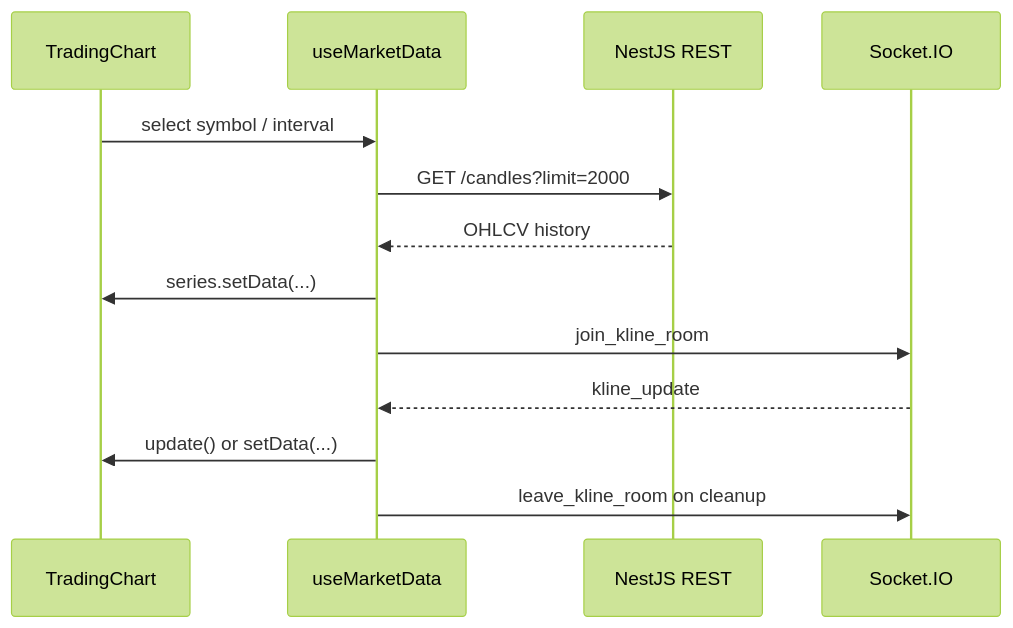
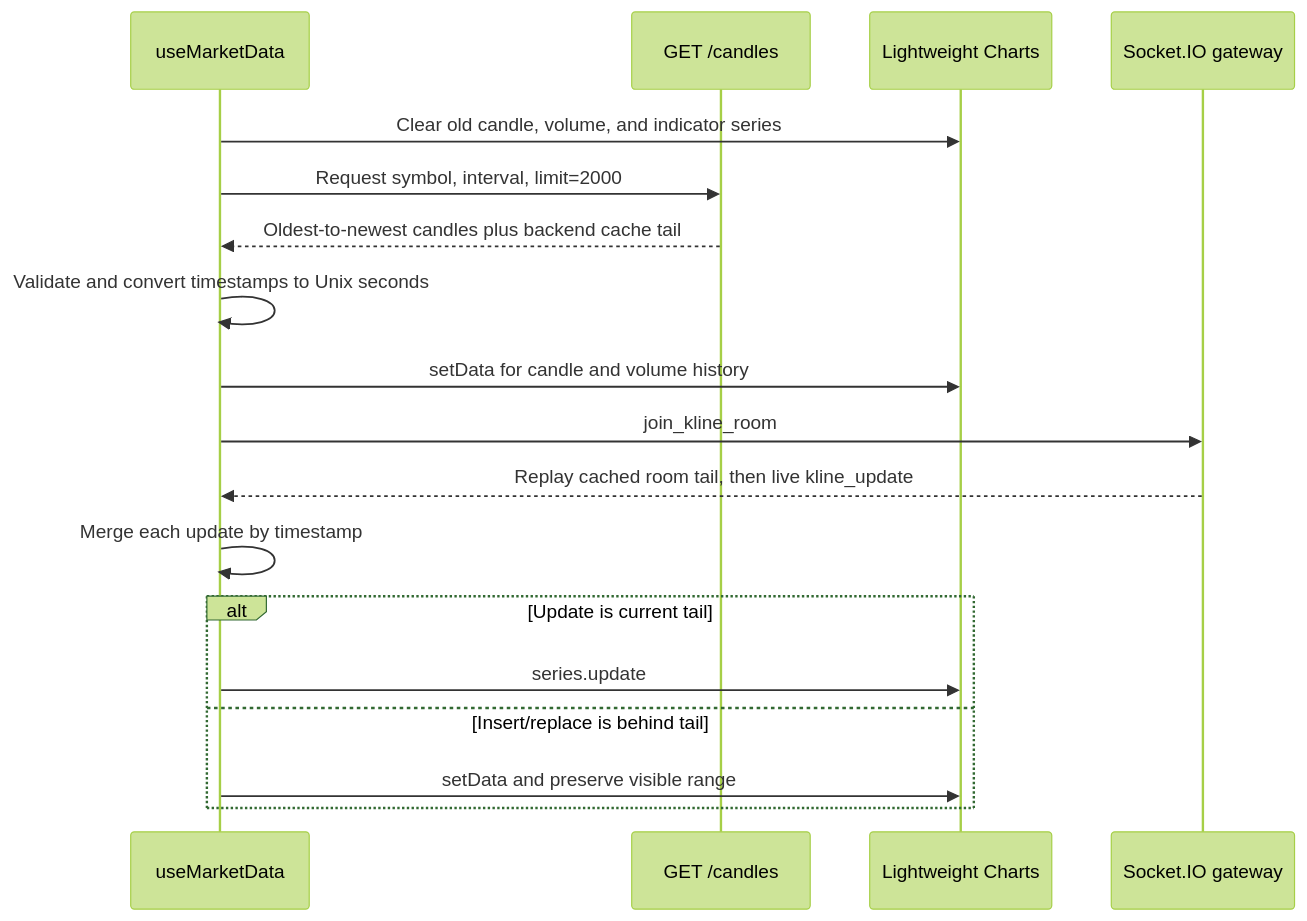
Before and after one commit to Zane-Theodore/NexTick: the second of 2 diagrams in frontend/README.md, drawn with Mermaid (forest theme). The commit also changed other lines of this file and 3 other files, not shown here.

````diff
--- a/frontend/README.md
+++ b/frontend/README.md
@@ -41,16 +51,21 @@
 ```mermaid
 sequenceDiagram
-  participant UI as TradingChart
-  participant H as useMarketData
-  participant API as NestJS REST
-  participant WS as Socket.IO
+  participant UI as useMarketData
+  participant REST as GET /candles
+  participant Chart as Lightweight Charts
+  participant Socket as Socket.IO gateway
 
-  UI->>H: select symbol / interval
-  H->>API: GET /candles?limit=2000
-  API-->>H: OHLCV history
-  H->>UI: series.setData(...)
-  H->>WS: join_kline_room
-  WS-->>H: kline_update
-  H->>UI: update() or setData(...)
-  H->>WS: leave_kline_room on cleanup
+  UI->>Chart: Clear old candle, volume, and indicator series
+  UI->>REST: Request symbol, interval, limit=2000
+  REST-->>UI: Oldest-to-newest candles plus backend cache tail
+  UI->>UI: Validate and convert timestamps to Unix seconds
+  UI->>Chart: setData for candle and volume history
+  UI->>Socket: join_kline_room
+  Socket-->>UI: Replay cached room tail, then live kline_update
+  UI->>UI: Merge each update by timestamp
+  alt Update is current tail
+    UI->>Chart: series.update
+  else Insert/replace is behind tail
+    UI->>Chart: setData and preserve visible range
+  end
 ```
````
